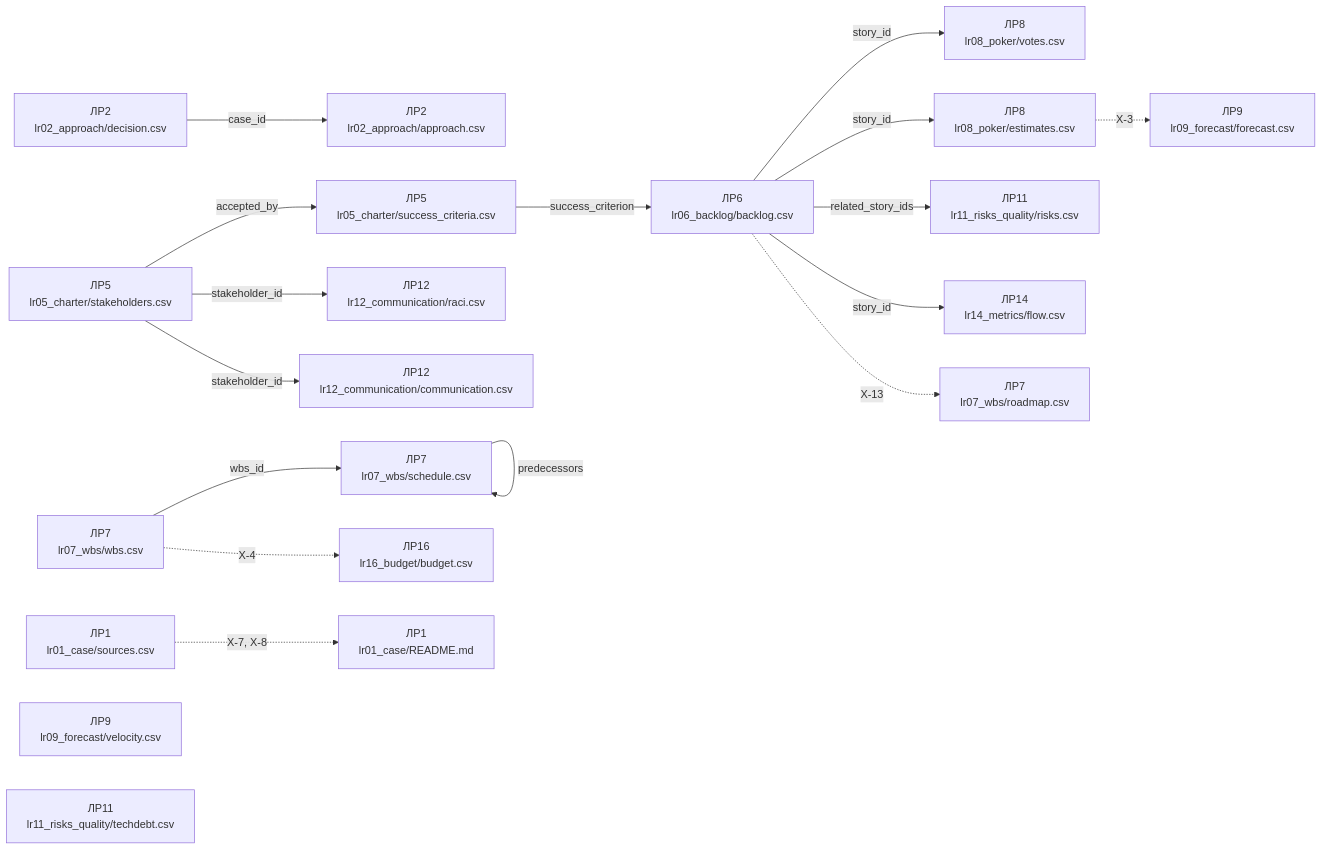
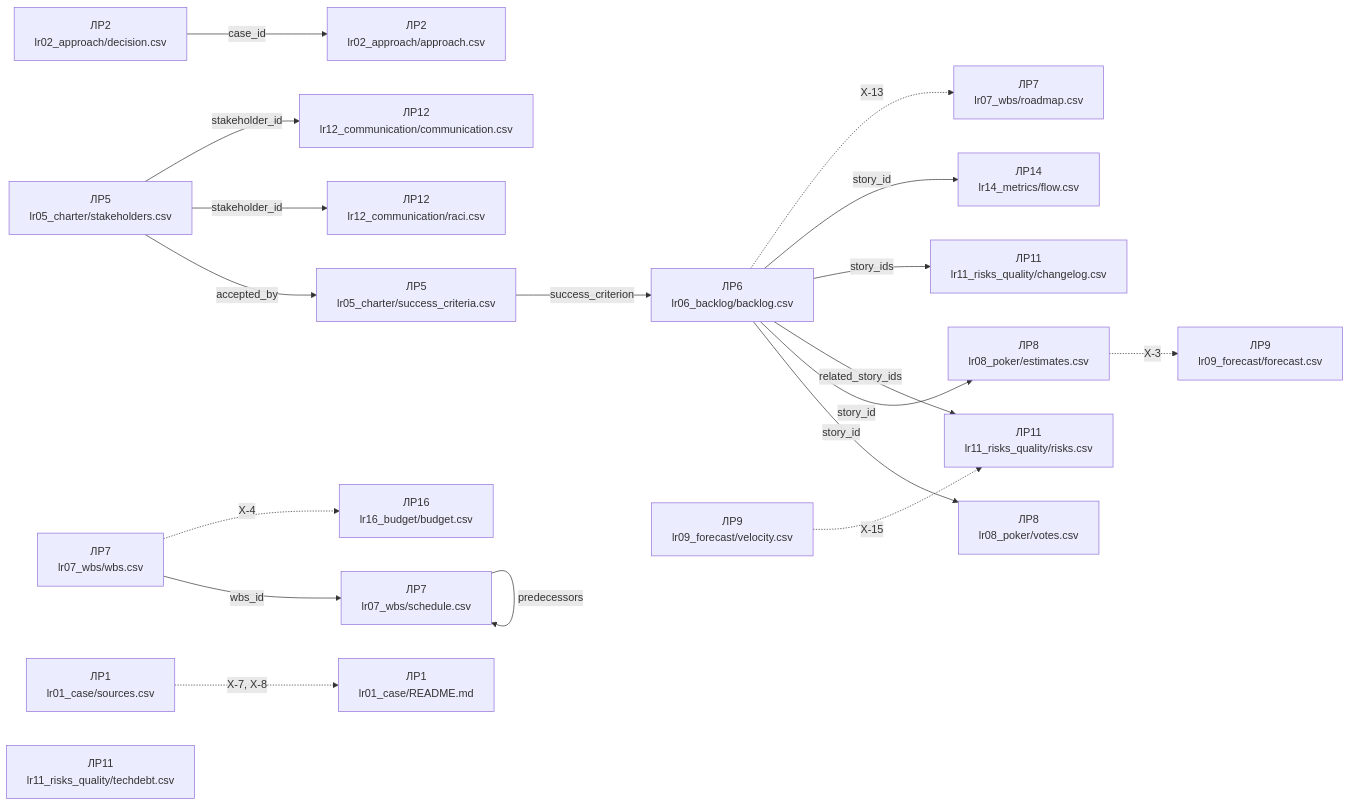
The diagram in tools/SCHEMAS.md (LyahovchukSergiy/pm-2026-template), drawn with Mermaid before and after one commit. The commit also changed other lines of this file and 8 other files, not shown here.

Commit message:
Sync template with artifact schema v1.10.0

````diff
--- a/tools/SCHEMAS.md
+++ b/tools/SCHEMAS.md
@@ -86,38 +90,41 @@
 ```mermaid
 flowchart LR
   lr01_case_sources_csv["ЛР1<br/>lr01_case/sources.csv"]
   lr02_approach_approach_csv["ЛР2<br/>lr02_approach/approach.csv"]
   lr02_approach_decision_csv["ЛР2<br/>lr02_approach/decision.csv"]
   lr05_charter_stakeholders_csv["ЛР5<br/>lr05_charter/stakeholders.csv"]
   lr05_charter_success_criteria_csv["ЛР5<br/>lr05_charter/success_criteria.csv"]
   lr06_backlog_backlog_csv["ЛР6<br/>lr06_backlog/backlog.csv"]
   lr07_wbs_wbs_csv["ЛР7<br/>lr07_wbs/wbs.csv"]
   lr07_wbs_schedule_csv["ЛР7<br/>lr07_wbs/schedule.csv"]
   lr07_wbs_roadmap_csv["ЛР7<br/>lr07_wbs/roadmap.csv"]
   lr08_poker_votes_csv["ЛР8<br/>lr08_poker/votes.csv"]
   lr08_poker_estimates_csv["ЛР8<br/>lr08_poker/estimates.csv"]
   lr09_forecast_velocity_csv["ЛР9<br/>lr09_forecast/velocity.csv"]
   lr09_forecast_forecast_csv["ЛР9<br/>lr09_forecast/forecast.csv"]
   lr11_risks_quality_risks_csv["ЛР11<br/>lr11_risks_quality/risks.csv"]
   lr11_risks_quality_techdebt_csv["ЛР11<br/>lr11_risks_quality/techdebt.csv"]
+  lr11_risks_quality_changelog_csv["ЛР11<br/>lr11_risks_quality/changelog.csv"]
   lr12_communication_raci_csv["ЛР12<br/>lr12_communication/raci.csv"]
   lr12_communication_communication_csv["ЛР12<br/>lr12_communication/communication.csv"]
   lr14_metrics_flow_csv["ЛР14<br/>lr14_metrics/flow.csv"]
   lr16_budget_budget_csv["ЛР16<br/>lr16_budget/budget.csv"]
   lr01_case_README_md["ЛР1<br/>lr01_case/README.md"]
   lr02_approach_decision_csv -->|case_id| lr02_approach_approach_csv
   lr05_charter_stakeholders_csv -->|accepted_by| lr05_charter_success_criteria_csv
   lr05_charter_success_criteria_csv -->|success_criterion| lr06_backlog_backlog_csv
   lr07_wbs_wbs_csv -->|wbs_id| lr07_wbs_schedule_csv
   lr07_wbs_schedule_csv -->|predecessors| lr07_wbs_schedule_csv
   lr06_backlog_backlog_csv -->|story_id| lr08_poker_votes_csv
   lr06_backlog_backlog_csv -->|story_id| lr08_poker_estimates_csv
   lr06_backlog_backlog_csv -->|related_story_ids| lr11_risks_quality_risks_csv
+  lr06_backlog_backlog_csv -->|story_ids| lr11_risks_quality_changelog_csv
   lr05_charter_stakeholders_csv -->|stakeholder_id| lr12_communication_raci_csv
   lr05_charter_stakeholders_csv -->|stakeholder_id| lr12_communication_communication_csv
   lr06_backlog_backlog_csv -->|story_id| lr14_metrics_flow_csv
   lr01_case_sources_csv -.->|X-7, X-8| lr01_case_README_md
   lr06_backlog_backlog_csv -.->|X-13| lr07_wbs_roadmap_csv
   lr07_wbs_wbs_csv -.->|X-4| lr16_budget_budget_csv
   lr08_poker_estimates_csv -.->|X-3| lr09_forecast_forecast_csv
+  lr09_forecast_velocity_csv -.->|X-15| lr11_risks_quality_risks_csv
 ```
````
